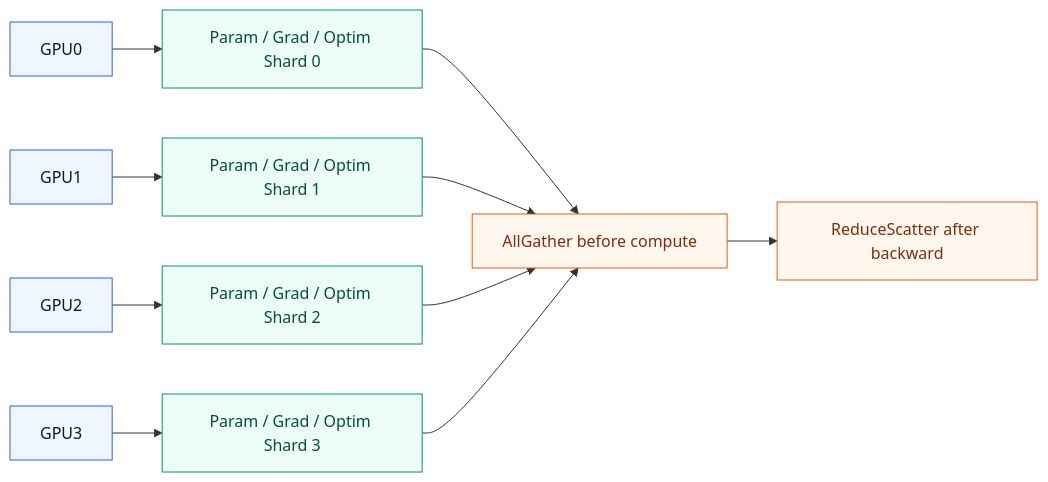
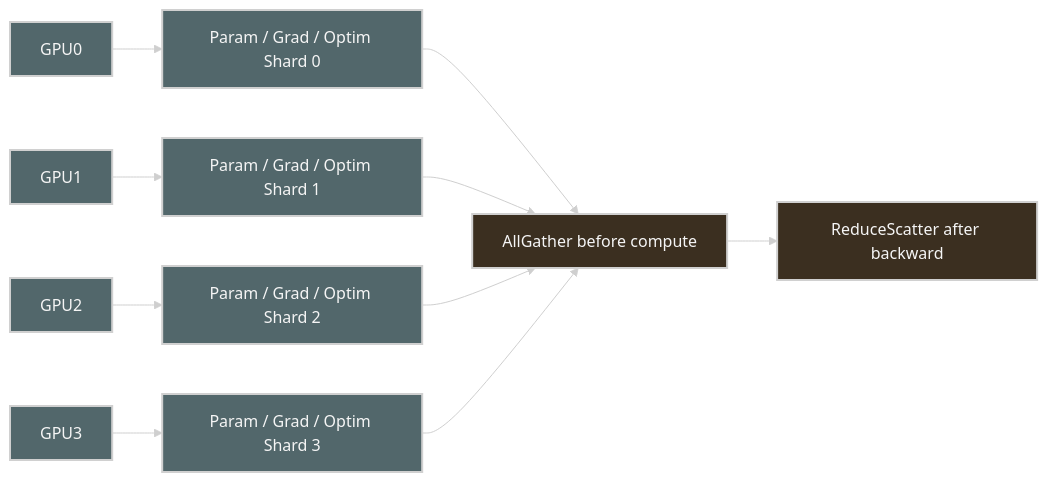
The tenth of 12 diagrams in deep-learning-for-network-engineers/week03/README.md (ziwon/ai-data-center-network), drawn with Mermaid before and after one commit. The commit also changed other lines of this file and 35 other files, not shown here.

Commit message:
docs(mermaid): apply dark diagram style

````diff
--- a/deep-learning-for-network-engineers/week03/README.md
+++ b/deep-learning-for-network-engineers/week03/README.md
@@ -563,18 +572,19 @@
 ```mermaid
+%%{init: {"theme": "base", "themeVariables": {"background": "#171717", "primaryColor": "#232323", "primaryTextColor": "#f5f5f5", "primaryBorderColor": "#d0d0d0", "lineColor": "#cfcfcf", "fontFamily": "Inter, Arial, sans-serif"}}}%%
 flowchart LR
-    classDef gpu fill:#eef6ff,stroke:#2563eb,color:#0f172a
-    classDef shard fill:#ecfdf5,stroke:#059669,color:#064e3b
-    classDef sync fill:#fff7ed,stroke:#ea580c,color:#7c2d12
+    classDef gpu fill:#52676b,stroke:#d0d0d0,color:#f5f5f5,stroke-width:2px;
+    classDef shard fill:#52676b,stroke:#d0d0d0,color:#f5f5f5,stroke-width:2px;
+    classDef sync fill:#3b2f20,stroke:#d0d0d0,color:#f5f5f5,stroke-width:2px;
 
     G0[GPU0]:::gpu --> S0[Param / Grad / Optim Shard 0]:::shard
     G1[GPU1]:::gpu --> S1[Param / Grad / Optim Shard 1]:::shard
     G2[GPU2]:::gpu --> S2[Param / Grad / Optim Shard 2]:::shard
     G3[GPU3]:::gpu --> S3[Param / Grad / Optim Shard 3]:::shard
 
     S0 --> AG[AllGather before compute]:::sync
     S1 --> AG
     S2 --> AG
     S3 --> AG
 
     AG --> RS[ReduceScatter after backward]:::sync
 ```
````
